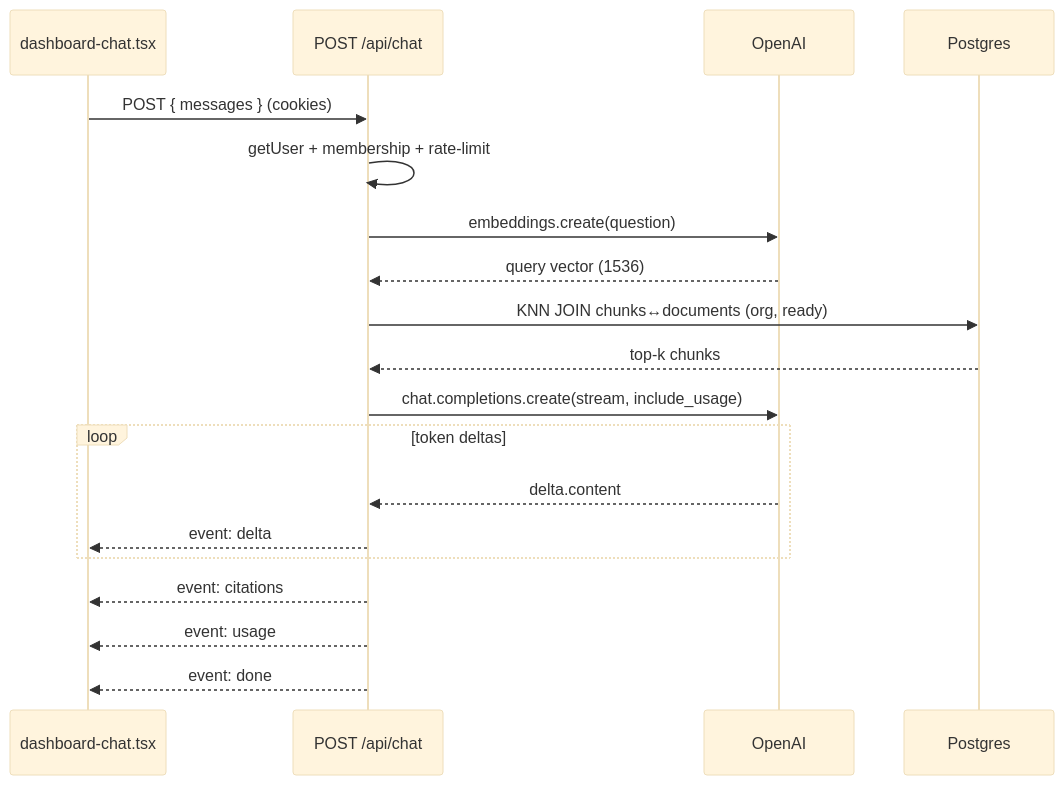
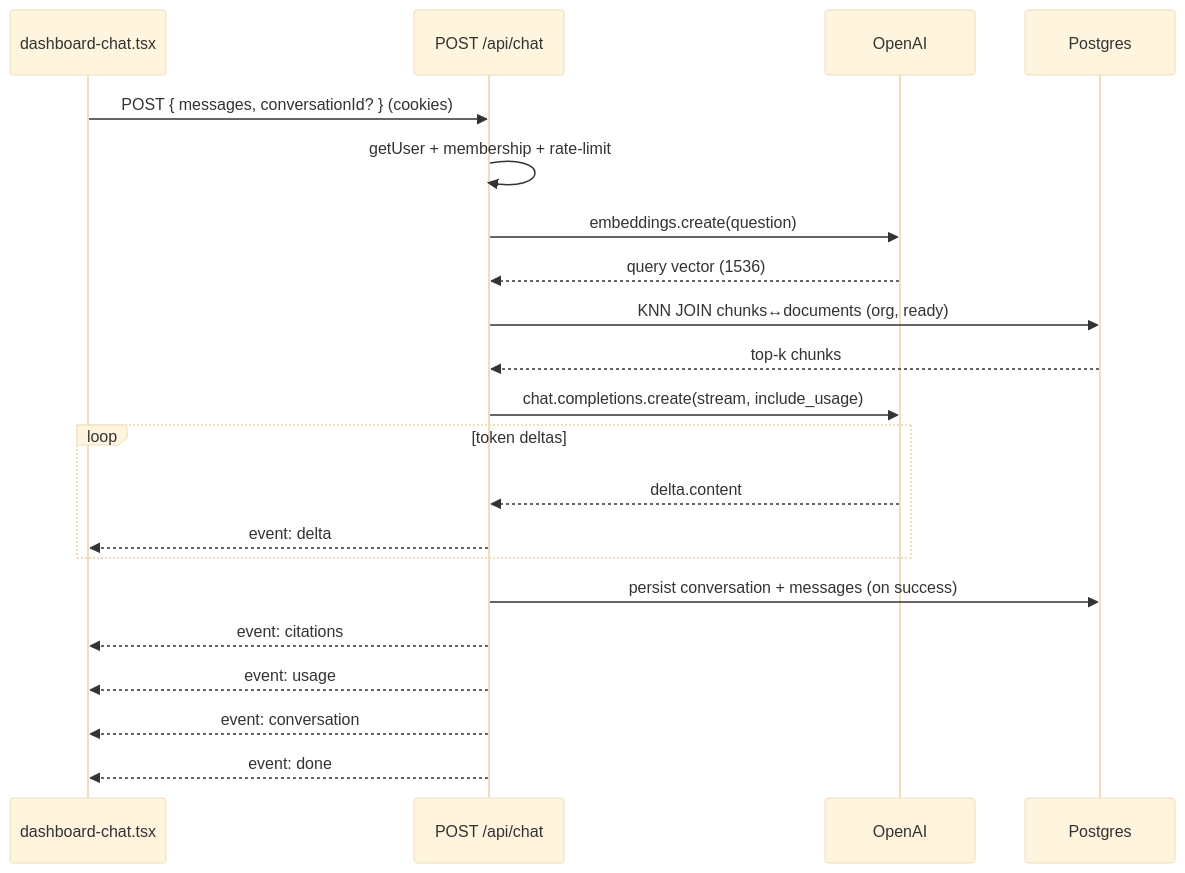
The second of 3 diagrams in docs/ai-chat.md (parmeet1402/ai-workflow-platform), drawn with Mermaid before and after one commit. The commit also changed other lines of this file and 10 other files, not shown here.

````diff
--- a/docs/ai-chat.md
+++ b/docs/ai-chat.md
@@ -109,29 +115,31 @@
 ```mermaid
 %%{init: {
   "theme": "base",
   "themeVariables": {
     "fontFamily": "ui-sans-serif, system-ui, sans-serif",
     "lineColor": "#64748b"
   }
 }}%%
 sequenceDiagram
   participant UI as dashboard-chat.tsx
   participant API as POST /api/chat
   participant OAI as OpenAI
   participant PG as Postgres
 
-  UI->>API: POST { messages } (cookies)
+  UI->>API: POST { messages, conversationId? } (cookies)
   API->>API: getUser + membership + rate-limit
   API->>OAI: embeddings.create(question)
   OAI-->>API: query vector (1536)
   API->>PG: KNN JOIN chunks↔documents (org, ready)
   PG-->>API: top-k chunks
   API->>OAI: chat.completions.create(stream, include_usage)
   loop token deltas
     OAI-->>API: delta.content
     API-->>UI: event: delta
   end
+  API->>PG: persist conversation + messages (on success)
   API-->>UI: event: citations
   API-->>UI: event: usage
+  API-->>UI: event: conversation
   API-->>UI: event: done
 ```
````
